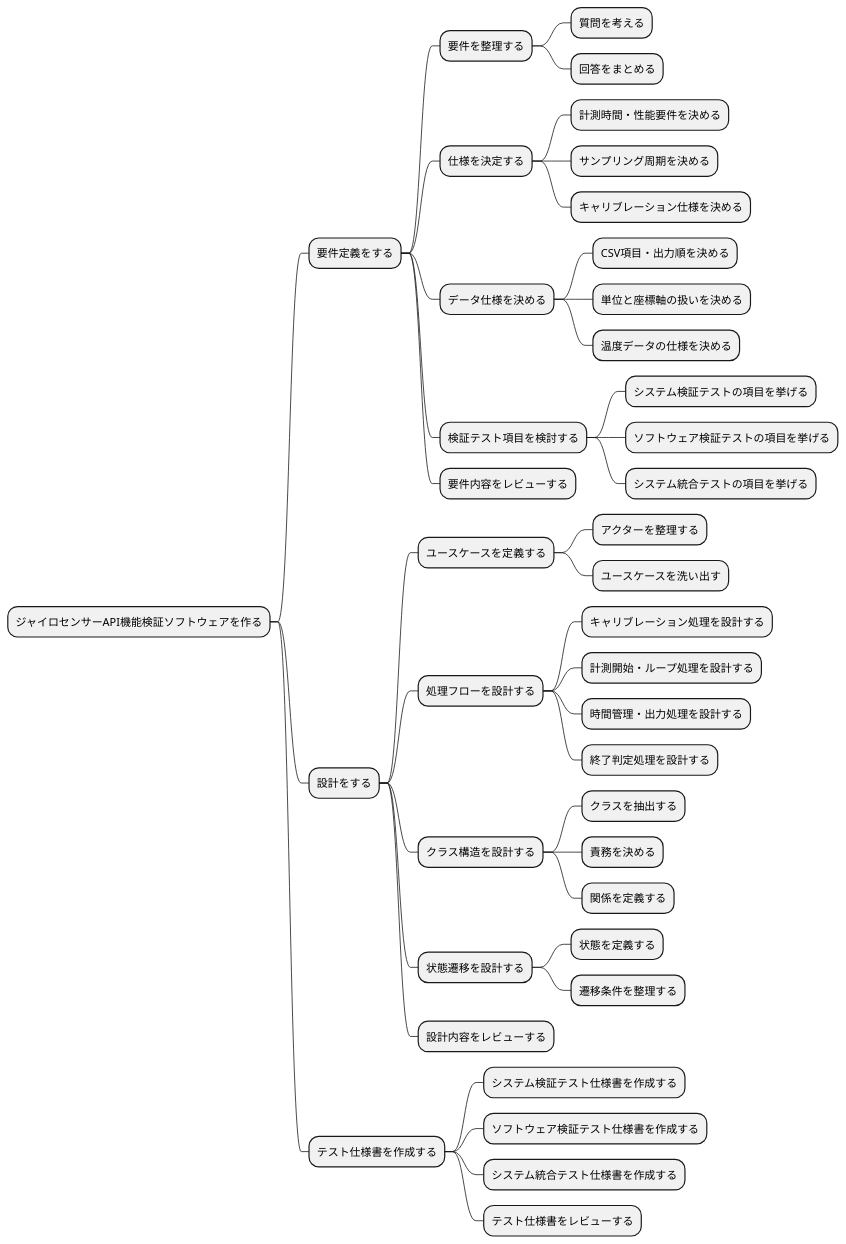
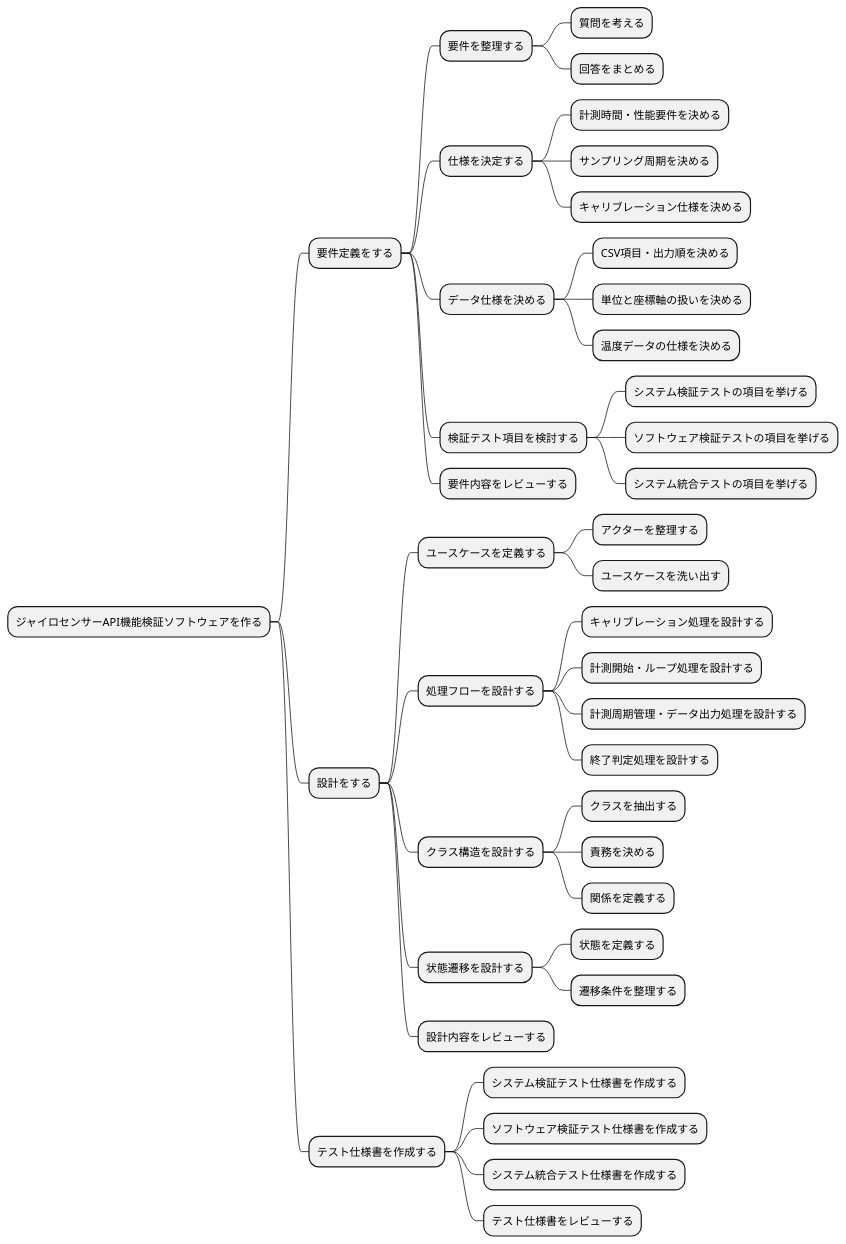
One commit to Matsuno0412/Gyro-sensor-System changed the diagram in WBS/ジャイロWBS(向井).wsd. Above: the diagram before and after it, drawn with PlantUML. The commit also changed 1 other file, not shown here.

```diff
--- a/WBS/ジャイロWBS(向井).wsd
+++ b/WBS/ジャイロWBS(向井).wsd
@@ -1,47 +1,47 @@
 @startmindmap ジャイロセンサー検証システム_WBS
 
 * ジャイロセンサーAPI機能検証ソフトウェアを作る
 
 ** 要件定義をする
 *** 要件を整理する
 **** 質問を考える
 **** 回答をまとめる
 *** 仕様を決定する
 **** 計測時間・性能要件を決める
 **** サンプリング周期を決める
 **** キャリブレーション仕様を決める
 *** データ仕様を決める
 **** CSV項目・出力順を決める
 **** 単位と座標軸の扱いを決める
 **** 温度データの仕様を決める
 *** 検証テスト項目を検討する
 **** システム検証テストの項目を挙げる
 **** ソフトウェア検証テストの項目を挙げる
 **** システム統合テストの項目を挙げる
 *** 要件内容をレビューする
 
 ** 設計をする
 *** ユースケースを定義する
 **** アクターを整理する
 **** ユースケースを洗い出す
 *** 処理フローを設計する
 **** キャリブレーション処理を設計する
 **** 計測開始・ループ処理を設計する
-**** 時間管理・出力処理を設計する
+**** 計測周期管理・データ出力処理を設計する
 **** 終了判定処理を設計する
 *** クラス構造を設計する
 **** クラスを抽出する
 **** 責務を決める
 **** 関係を定義する
 *** 状態遷移を設計する
 **** 状態を定義する
 **** 遷移条件を整理する
 *** 設計内容をレビューする
 
 ** テスト仕様書を作成する
 *** システム検証テスト仕様書を作成する
 *** ソフトウェア検証テスト仕様書を作成する
 *** システム統合テスト仕様書を作成する
 *** テスト仕様書をレビューする
 
 @endmindmap
```
